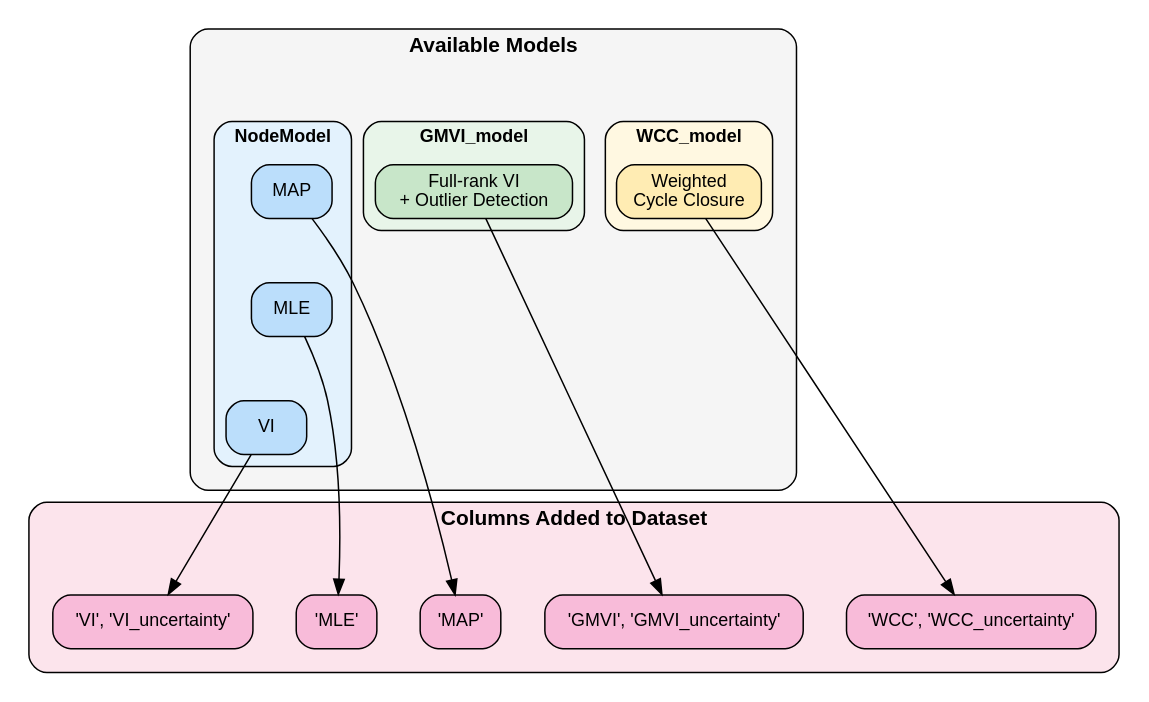
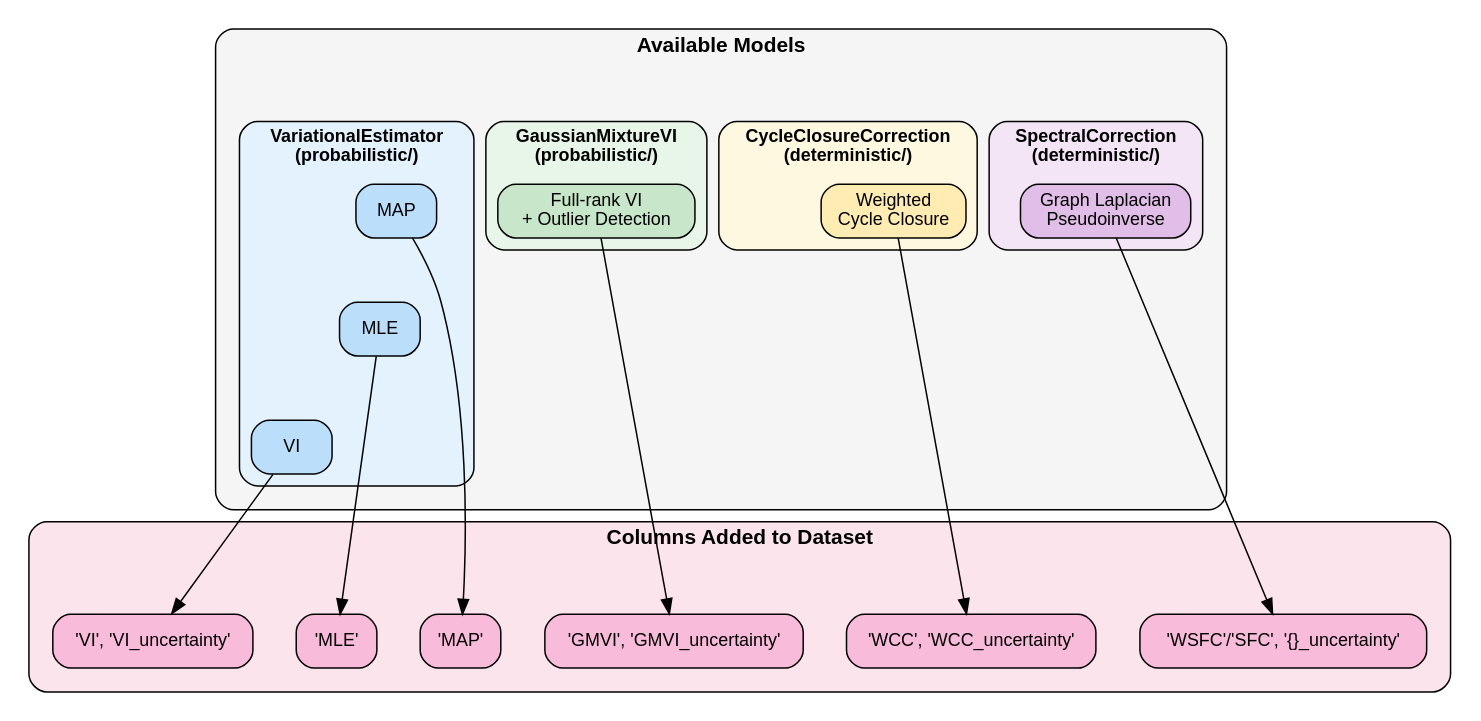
One commit to aakankschit/MAPLE-fep changed the fourth of 4 diagrams in docs/user_guide/architecture.rst. Above: the diagram before and after it, drawn with Graphviz. The commit also changed other lines of this file and 47 other files, not shown here.

First line of the commit message:
Restructure models into probabilistic/deterministic subpackages and overhaul documentation

```diff
--- a/docs/user_guide/architecture.rst
+++ b/docs/user_guide/architecture.rst
@@ -230,61 +269,71 @@
        compound=true;
        nodesep=0.4;
        ranksep=0.6;
-       
+
        subgraph cluster_models {
            label="Available Models";
            style="rounded,filled";
            fillcolor="#F5F5F5";
            fontname="Helvetica-Bold";
            fontsize=14;
-           
+
            subgraph cluster_models_inner {
                style=invis;
                rank=same;
-               
+
                subgraph cluster_nodemodel {
-                   label="NodeModel";
+                   label="VariationalEstimator\n(probabilistic/)";
                    style="rounded,filled";
                    fillcolor="#E3F2FD";
                    fontname="Helvetica-Bold";
                    fontsize=12;
-                   
+
                    map [label="MAP", fillcolor="#BBDEFB"];
                    mle [label="MLE", fillcolor="#BBDEFB"];
                    vi [label="VI", fillcolor="#BBDEFB"];
-                   
+
                    map -> mle -> vi [style=invis];
                }
-               
+
                subgraph cluster_gmvi {
-                   label="GMVI_model";
+                   label="GaussianMixtureVI\n(probabilistic/)";
                    style="rounded,filled";
                    fillcolor="#E8F5E9";
                    fontname="Helvetica-Bold";
                    fontsize=12;
-                   
+
                    gmvi [label="Full-rank VI\n+ Outlier Detection", fillcolor="#C8E6C9"];
                }
-               
+
                subgraph cluster_wcc {
-                   label="WCC_model";
+                   label="CycleClosureCorrection\n(deterministic/)";
                    style="rounded,filled";
                    fillcolor="#FFF8E1";
                    fontname="Helvetica-Bold";
                    fontsize=12;
-                   
+
                    wcc [label="Weighted\nCycle Closure", fillcolor="#FFECB3"];
+               }
+
+               subgraph cluster_wsfc {
+                   label="SpectralCorrection\n(deterministic/)";
+                   style="rounded,filled";
+                   fillcolor="#F3E5F5";
+                   fontname="Helvetica-Bold";
+                   fontsize=12;
+
+                   wsfc [label="Graph Laplacian\nPseudoinverse", fillcolor="#E1BEE7"];
                }
            }
        }
-       
+
        subgraph cluster_result {
            label="Columns Added to Dataset";
            style="rounded,filled";
            fillcolor="#FCE4EC";
            fontname="Helvetica-Bold";
            fontsize=14;
-           
+
            subgraph cluster_result_inner {
                style=invis;
                rank=same;
@@ -293,12 +342,14 @@
                col_vi [label="'VI', 'VI_uncertainty'", fillcolor="#F8BBD9"];
                col_gmvi [label="'GMVI', 'GMVI_uncertainty'", fillcolor="#F8BBD9"];
                col_wcc [label="'WCC', 'WCC_uncertainty'", fillcolor="#F8BBD9"];
+               col_wsfc [label="'WSFC'/'SFC', '{}_uncertainty'", fillcolor="#F8BBD9"];
            }
        }
-       
+
        map -> col_map;
        mle -> col_mle;
        vi -> col_vi;
        gmvi -> col_gmvi;
        wcc -> col_wcc;
+       wsfc -> col_wsfc;
    }
```
